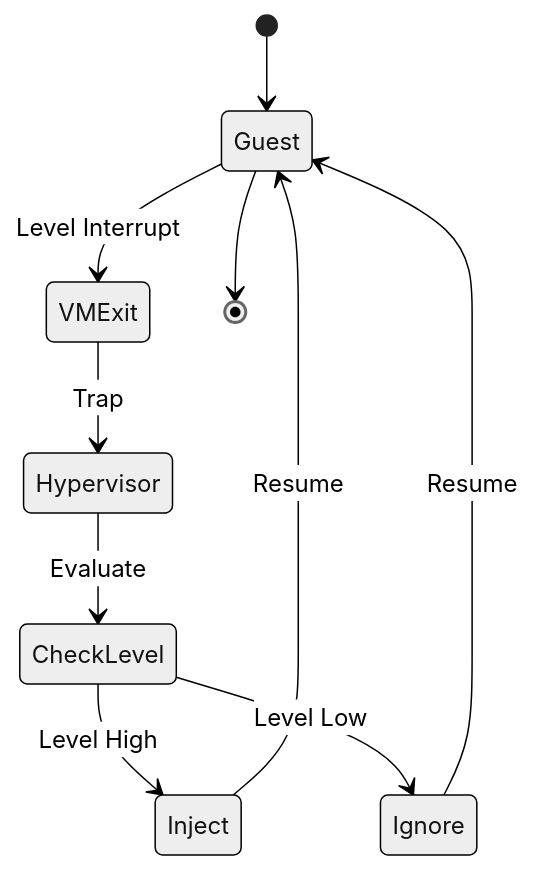
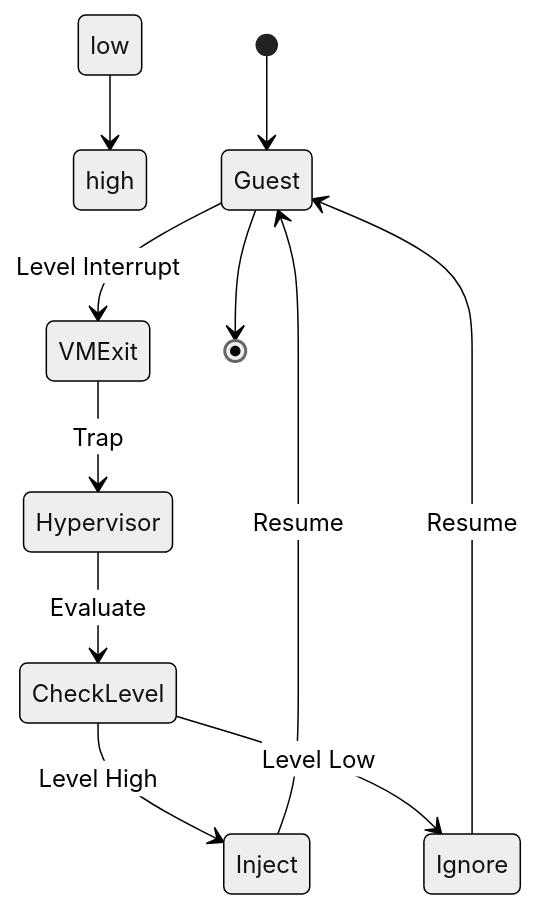
The third of 3 diagrams in content/posts/Virtualizing-level-sensitive-interrupt-are-messy.md (bre01/bre01.github.io), drawn with Mermaid (neutral theme) before and after one commit. The commit also changed other lines of this file, not shown here.

````diff
--- a/content/posts/Virtualizing-level-sensitive-interrupt-are-messy.md
+++ b/content/posts/Virtualizing-level-sensitive-interrupt-are-messy.md
@@ -10,12 +36,18 @@
 ```mermaid
 stateDiagram-v2
+	low --> high 
+
+			
+		
+		
+	
     [*] --> Guest
     Guest --> VMExit: Level Interrupt
     VMExit --> Hypervisor: Trap
     Hypervisor --> CheckLevel: Evaluate
     CheckLevel --> Inject: Level High
     CheckLevel --> Ignore: Level Low
     Inject --> Guest: Resume
     Ignore --> Guest: Resume
     Guest --> [*]
 ```
````
